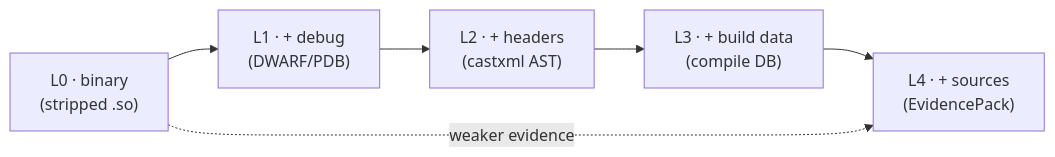
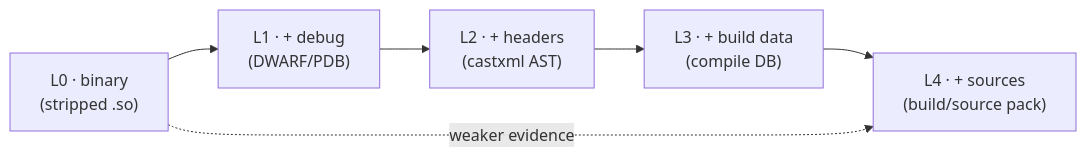
One commit to napetrov/abicheck changed the second of 2 diagrams in docs/concepts/architecture.md. Above: the diagram before and after it, drawn with Mermaid. The commit also changed other lines of this file and 95 other files, not shown here.

First line of the commit message:
feat(buildsource): evidence→buildsource rename + source-tree redesign

````diff
--- a/docs/concepts/architecture.md
+++ b/docs/concepts/architecture.md
@@ -77,8 +77,8 @@
 ```mermaid
 flowchart LR
     L0["L0 · binary<br/>(stripped .so)"] --> L1["L1 · + debug<br/>(DWARF/PDB)"]
     L1 --> L2["L2 · + headers<br/>(castxml AST)"]
     L2 --> L3["L3 · + build data<br/>(compile DB)"]
-    L3 --> L4["L4 · + sources<br/>(EvidencePack)"]
+    L3 --> L4["L4 · + sources<br/>(build/source pack)"]
     L0 -.weaker evidence.-> L4
 ```
````
